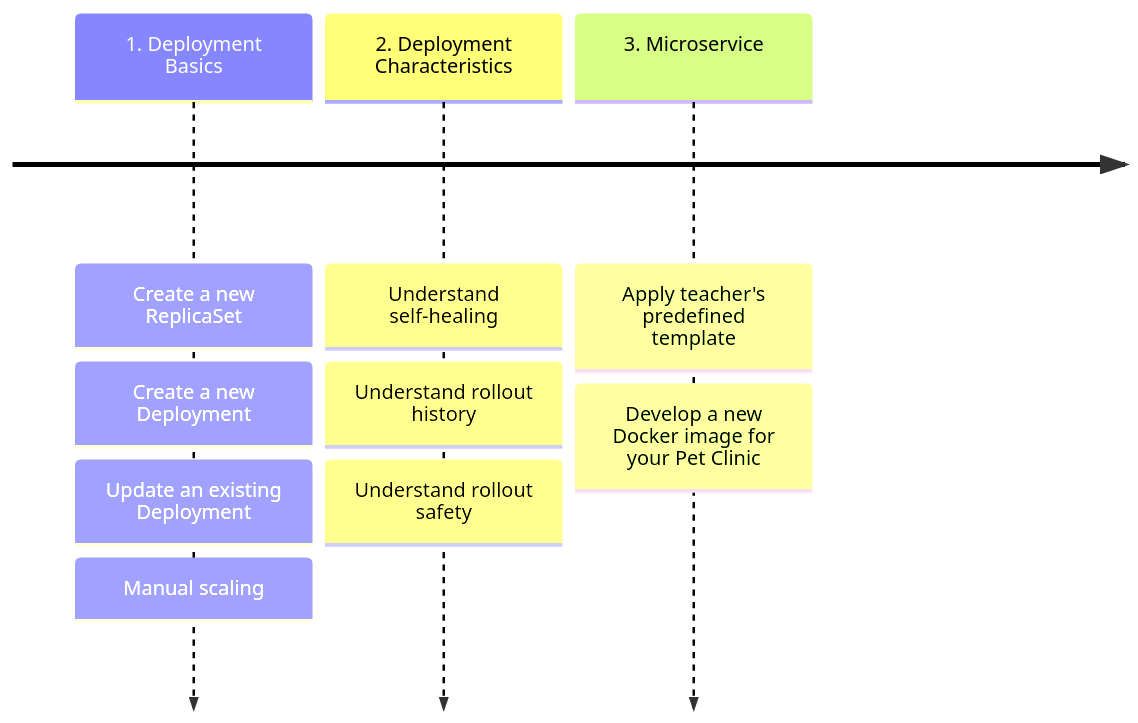
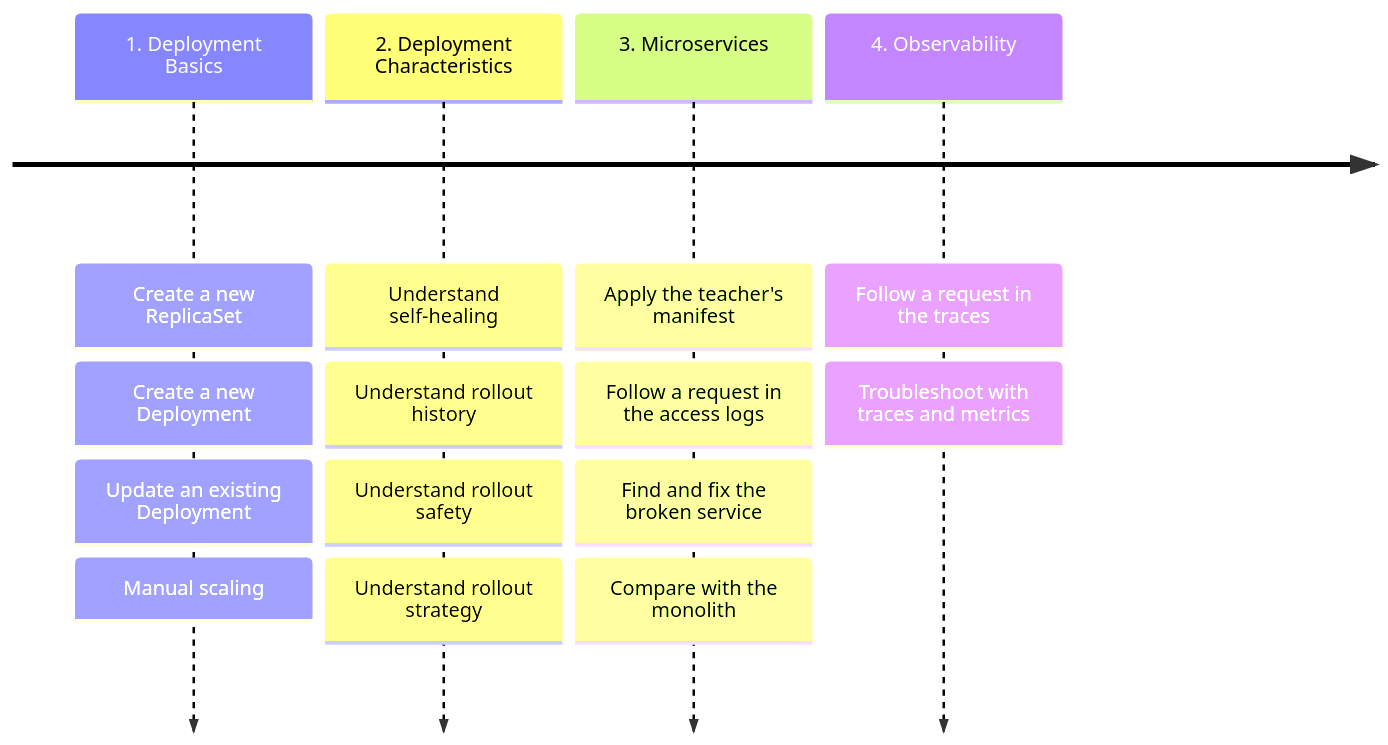
The diagram in docs/lab-3.md (mincong-classroom/containers), drawn with Mermaid before and after one commit. The commit also changed other lines of this file and 3 other files, not shown here.

Commit message:
[L3][L5] Update Labs 3 and 5, and the PetClinic microservices at 2026.0 (#20)

````diff
--- a/docs/lab-3.md
+++ b/docs/lab-3.md
@@ -14,15 +13,21 @@
 ``` mermaid
 timeline
     1. Deployment Basics
         : Create a new ReplicaSet
         : Create a new Deployment
         : Update an existing Deployment
         : Manual scaling
     2. Deployment Characteristics
         : Understand self-healing
         : Understand rollout history
         : Understand rollout safety
-    3. Microservice
-        : Apply teacher's predefined template
-        : Develop a new Docker image for your Pet Clinic
+        : Understand rollout strategy
+    3. Microservices
+        : Apply the teacher's manifest
+        : Follow a request in the access logs
+        : Find and fix the broken service
+        : Compare with the monolith
+    4. Observability
+        : Follow a request in the traces
+        : Troubleshoot with traces and metrics
 ```
````
